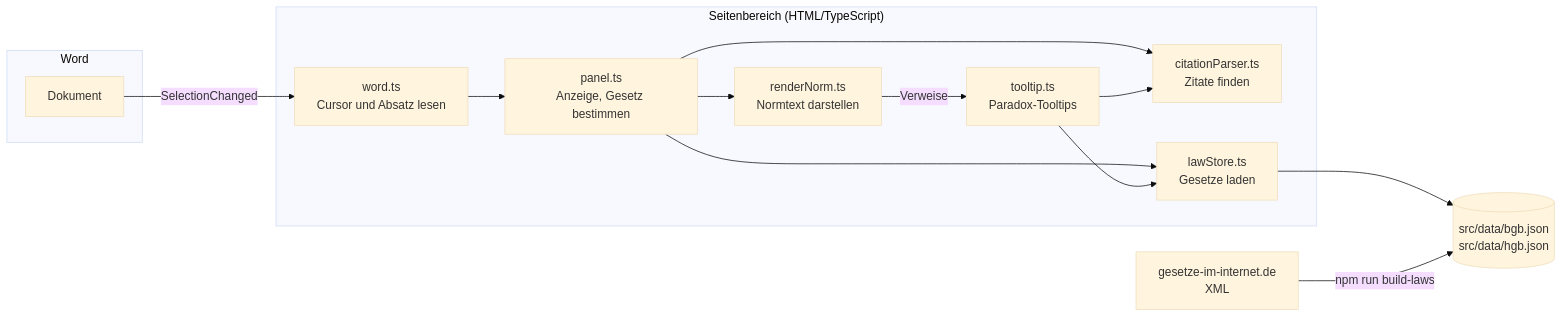
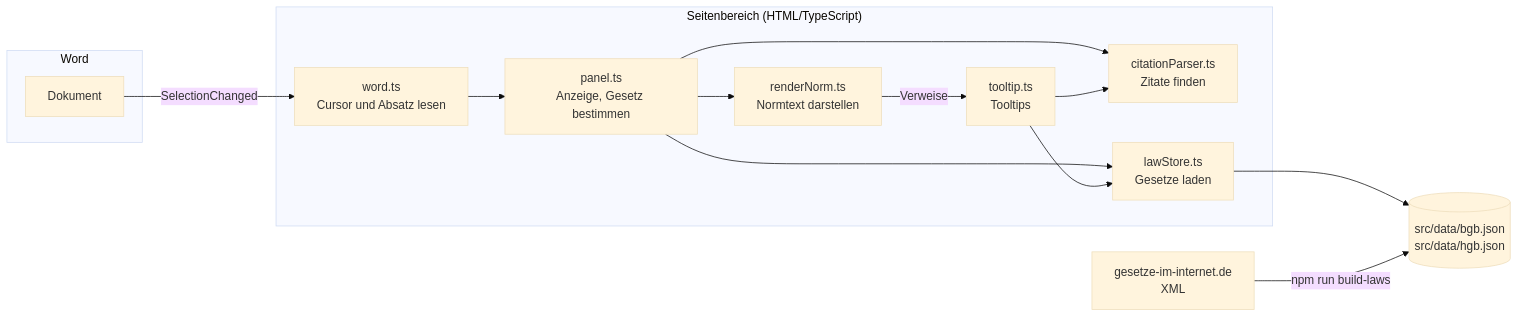
Before and after one commit to GradKlon/word-gesetz-tooltip: the diagram in README.md, drawn with Mermaid (base theme). The commit also changed other lines of this file, not shown here.

````diff
--- a/README.md
+++ b/README.md
@@ -38,25 +38,25 @@
 ```mermaid
 flowchart LR
     subgraph Word
         D[Dokument]
     end
     subgraph Seitenbereich["Seitenbereich (HTML/TypeScript)"]
         W[word.ts<br/>Cursor und Absatz lesen]
         P[panel.ts<br/>Anzeige, Gesetz bestimmen]
         C[citationParser.ts<br/>Zitate finden]
         S[lawStore.ts<br/>Gesetze laden]
         R[renderNorm.ts<br/>Normtext darstellen]
-        T[tooltip.ts<br/>Paradox-Tooltips]
+        T[tooltip.ts<br/>Tooltips]
     end
     G[(src/data/bgb.json<br/>src/data/hgb.json)]
     X[gesetze-im-internet.de<br/>XML]
 
     D -- SelectionChanged --> W --> P
     P --> C
     P --> S --> G
     P --> R
     R -- Verweise --> T
     T --> C
     T --> S
     X -- npm run build-laws --> G
 ```
````
